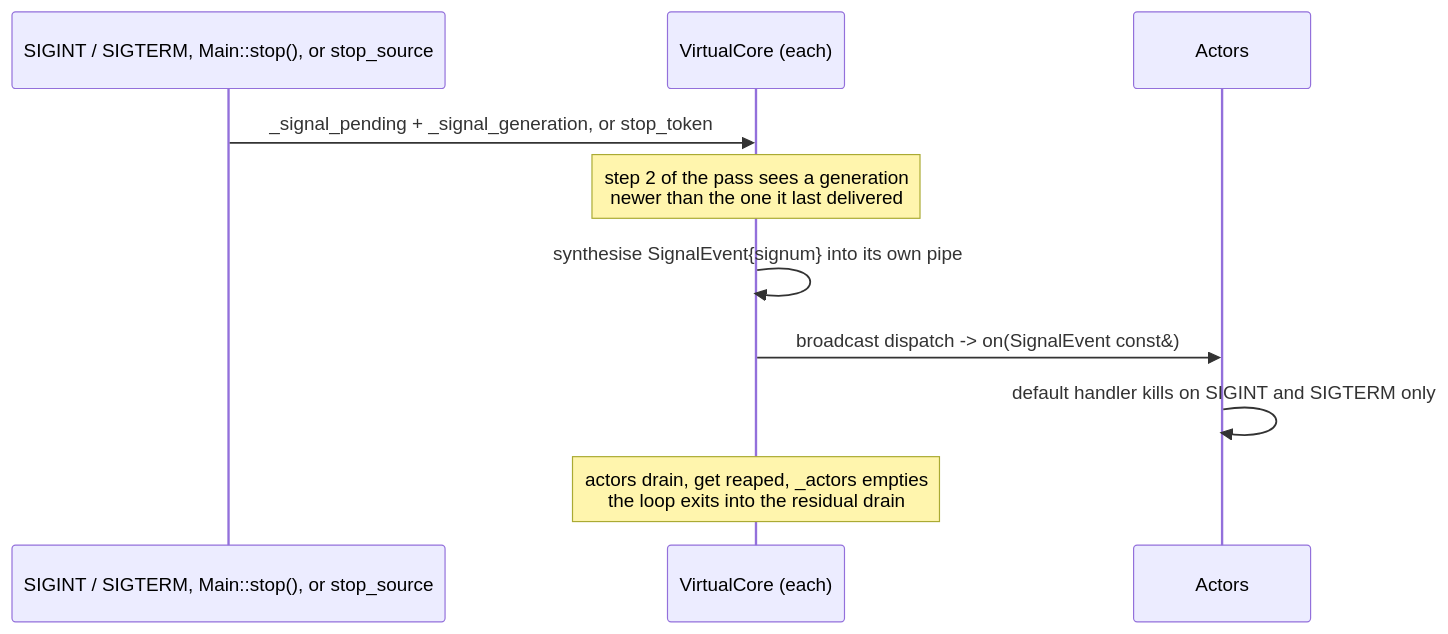
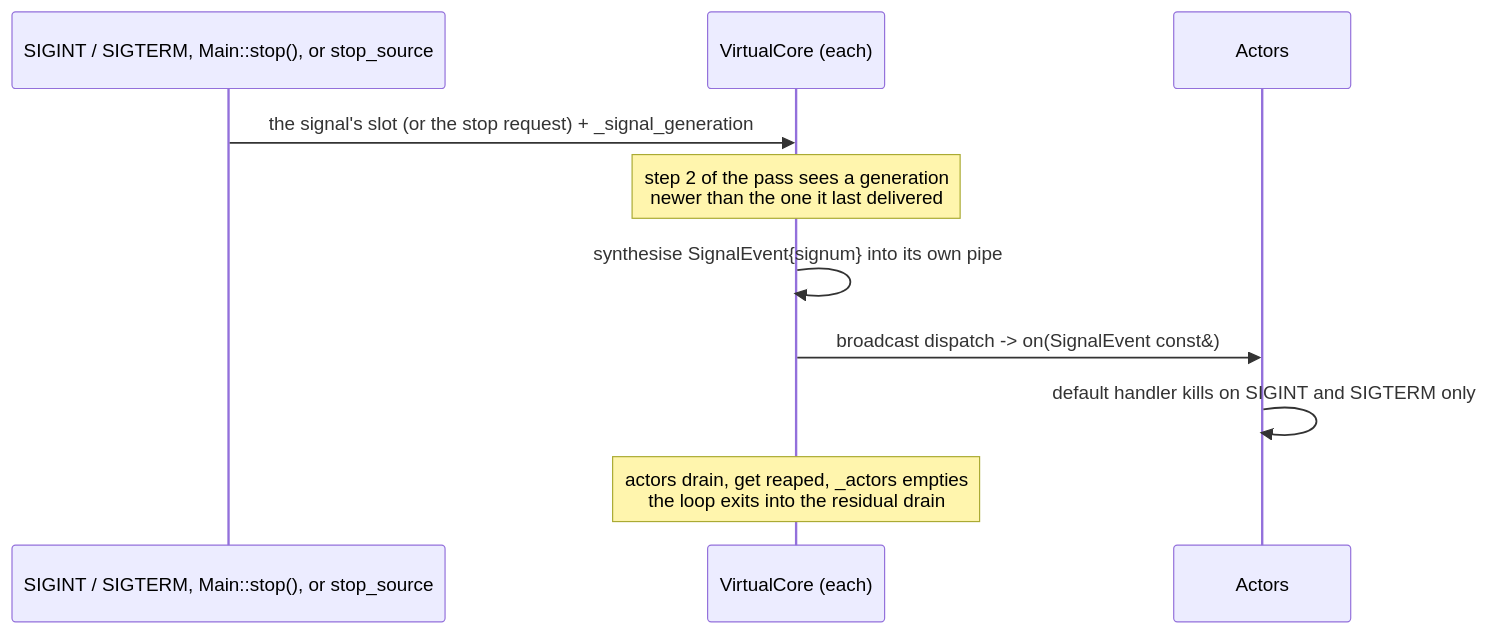
Before and after one commit to isndev/qb: the third of 3 diagrams in readme/4_qb_core/engine.md, drawn with Mermaid. The commit also changed other lines of this file and 37 other files, not shown here.

````diff
--- a/readme/4_qb_core/engine.md
+++ b/readme/4_qb_core/engine.md
@@ -272,12 +272,12 @@
 ```mermaid
 sequenceDiagram
     participant U as SIGINT / SIGTERM, Main::stop(), or stop_source
     participant W as VirtualCore (each)
     participant A as Actors
-    U->>W: _signal_pending + _signal_generation, or stop_token
+    U->>W: the signal's slot (or the stop request) + _signal_generation
     Note over W: step 2 of the pass sees a generation<br/>newer than the one it last delivered
     W->>W: synthesise SignalEvent{signum} into its own pipe
     W->>A: broadcast dispatch -> on(SignalEvent const&)
     A->>A: default handler kills on SIGINT and SIGTERM only
     Note over W: actors drain, get reaped, _actors empties<br/>the loop exits into the residual drain
 ```
````
